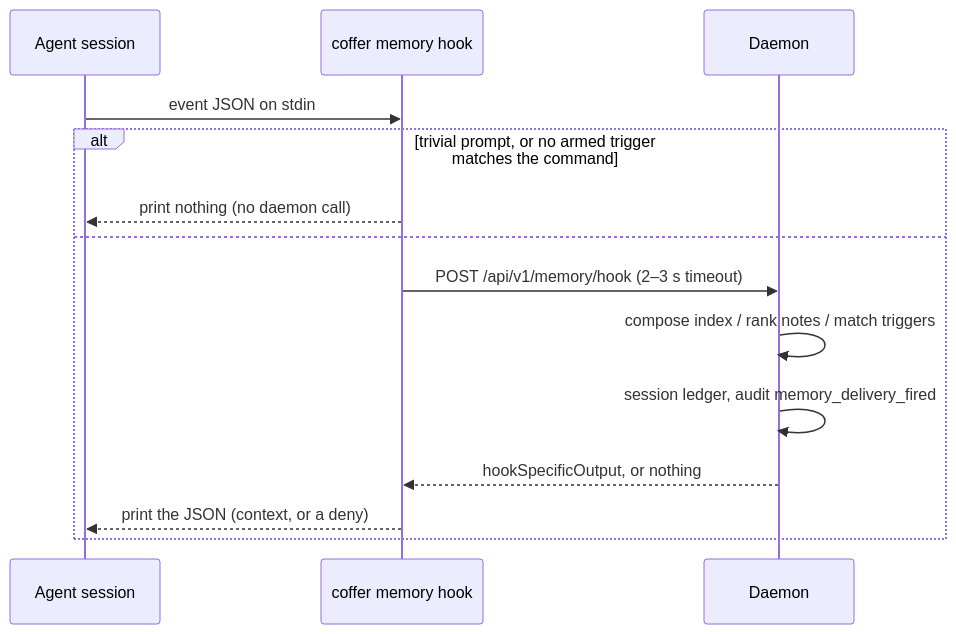
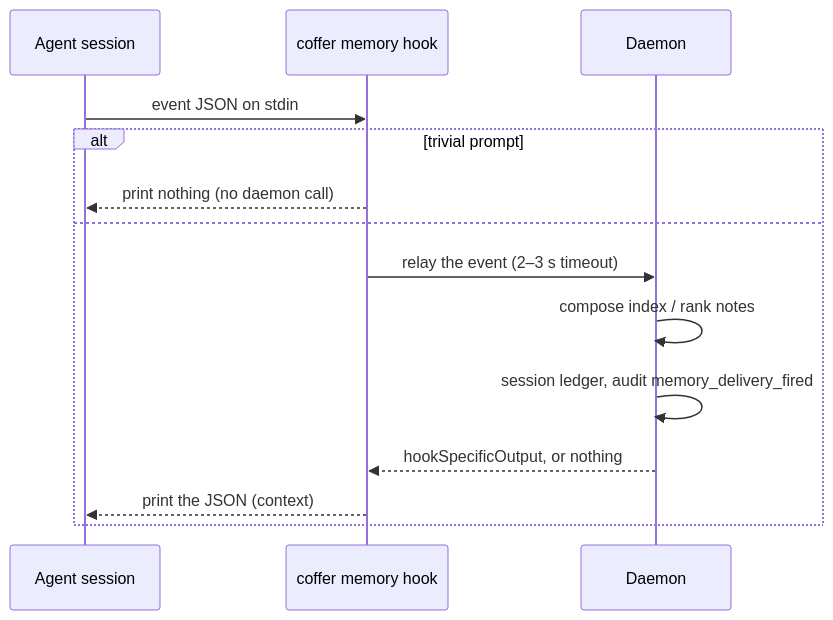
Before and after one commit to wyx-sg/Coffer: the fourth of 4 diagrams in docs-site/architecture/memory.md, drawn with Mermaid. The commit also changed other lines of this file and 610 other files, not shown here.

````diff
--- a/docs-site/architecture/memory.md
+++ b/docs-site/architecture/memory.md
@@ -352,16 +325,16 @@
 ```mermaid
 sequenceDiagram
   participant A as Agent session
   participant C as coffer memory hook
   participant D as Daemon
   A->>C: event JSON on stdin
-  alt trivial prompt, or no armed trigger matches the command
+  alt trivial prompt
     C-->>A: print nothing (no daemon call)
   else
-    C->>D: POST /api/v1/memory/hook (2–3 s timeout)
-    D->>D: compose index / rank notes / match triggers
+    C->>D: relay the event (2–3 s timeout)
+    D->>D: compose index / rank notes
     D->>D: session ledger, audit memory_delivery_fired
     D-->>C: hookSpecificOutput, or nothing
-    C-->>A: print the JSON (context, or a deny)
+    C-->>A: print the JSON (context)
   end
 ```
````
